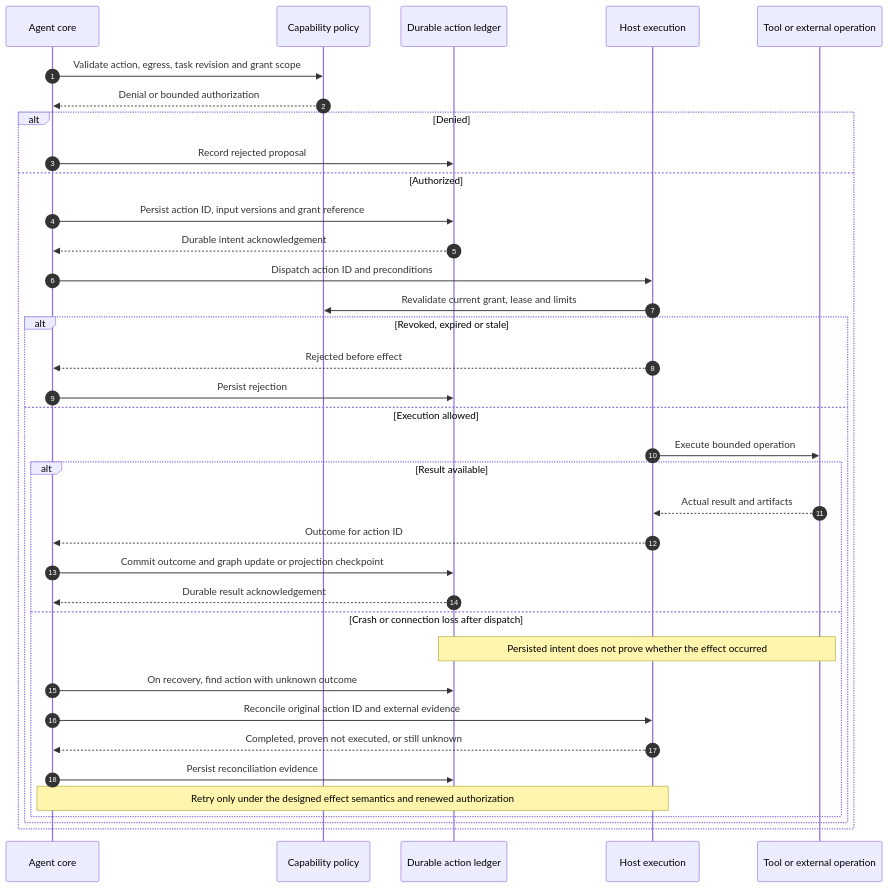
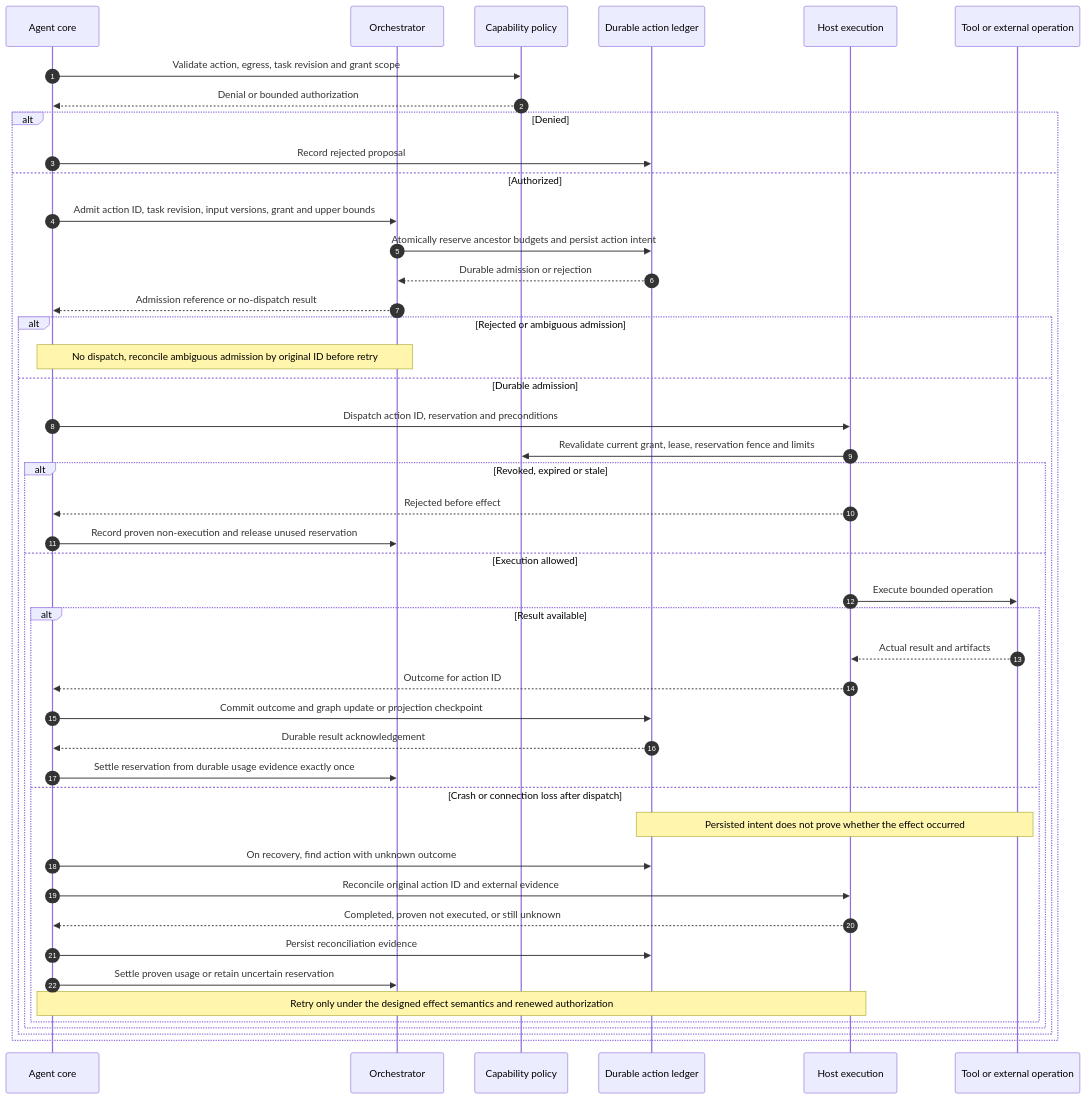
The sixth of 11 diagrams in docs/designs/core-harness-brief.md (pidster/asura), drawn with Mermaid before and after one commit. The commit also changed other lines of this file and 10 other files, not shown here.

Commit message:
Define storage modes and resolve architecture review findings

````diff
--- a/docs/designs/core-harness-brief.md
+++ b/docs/designs/core-harness-brief.md
@@ -211,38 +290,47 @@
 ```mermaid
 sequenceDiagram
     autonumber
     participant A as Agent core
+    participant O as Orchestrator
     participant P as Capability policy
     participant S as Durable action ledger
     participant H as Host execution
     participant T as Tool or external operation
     A->>P: Validate action, egress, task revision and grant scope
     P-->>A: Denial or bounded authorization
     alt Denied
         A->>S: Record rejected proposal
     else Authorized
-        A->>S: Persist action ID, input versions and grant reference
-        S-->>A: Durable intent acknowledgement
-        A->>H: Dispatch action ID and preconditions
-        H->>P: Revalidate current grant, lease and limits
+        A->>O: Admit action ID, task revision, input versions, grant and upper bounds
+        O->>S: Atomically reserve ancestor budgets and persist action intent
+        S-->>O: Durable admission or rejection
+        O-->>A: Admission reference or no-dispatch result
+        alt Rejected or ambiguous admission
+            Note over A,O: No dispatch, reconcile ambiguous admission by original ID before retry
+        else Durable admission
+        A->>H: Dispatch action ID, reservation and preconditions
+        H->>P: Revalidate current grant, lease, reservation fence and limits
         alt Revoked, expired or stale
             H-->>A: Rejected before effect
-            A->>S: Persist rejection
+            A->>O: Record proven non-execution and release unused reservation
         else Execution allowed
             H->>T: Execute bounded operation
             alt Result available
                 T-->>H: Actual result and artifacts
                 H-->>A: Outcome for action ID
                 A->>S: Commit outcome and graph update or projection checkpoint
                 S-->>A: Durable result acknowledgement
+                A->>O: Settle reservation from durable usage evidence exactly once
             else Crash or connection loss after dispatch
                 Note over S,T: Persisted intent does not prove whether the effect occurred
                 A->>S: On recovery, find action with unknown outcome
                 A->>H: Reconcile original action ID and external evidence
                 H-->>A: Completed, proven not executed, or still unknown
                 A->>S: Persist reconciliation evidence
+                A->>O: Settle proven usage or retain uncertain reservation
                 Note over A,H: Retry only under the designed effect semantics and renewed authorization
             end
         end
+        end
     end
 ```
````
